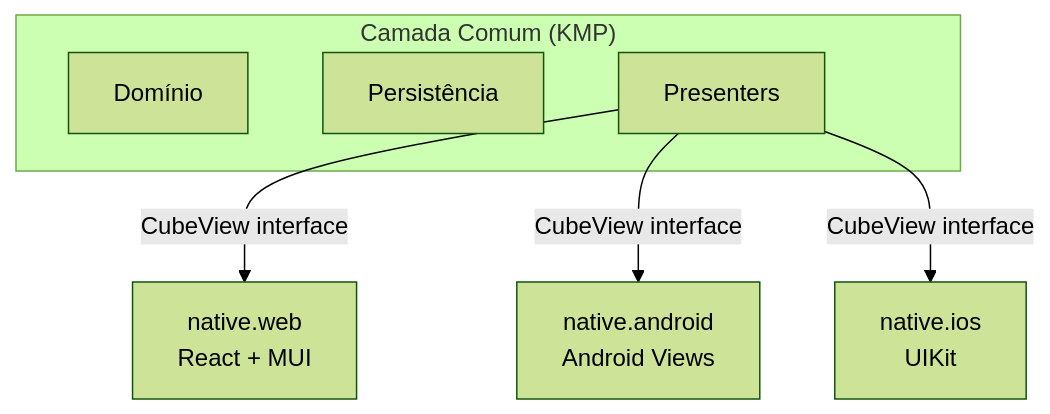
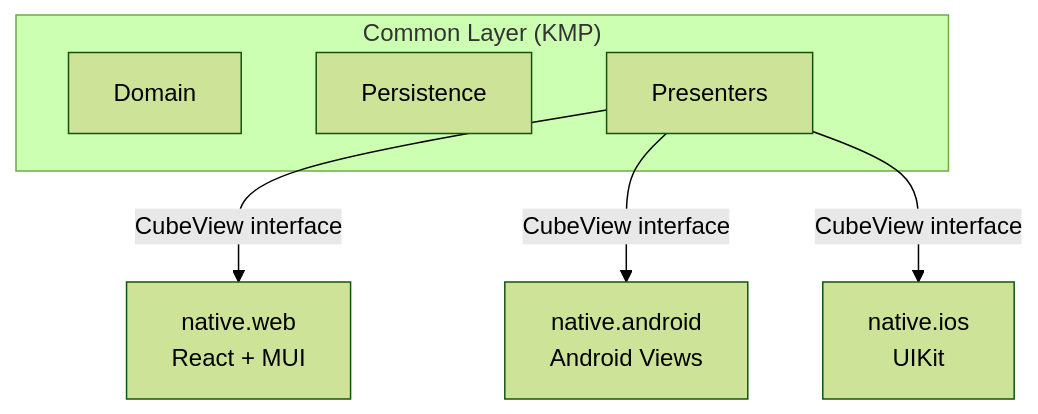
One commit to mrcdom/wdc-cube-kotlin changed the diagram in fontes/br.com.wdc.kt.shopping/br.com.wdc.kt.shopping.view.native/README.md. Above: the diagram before and after it, drawn with Mermaid (forest theme). The commit also changed other lines of this file and 76 other files, not shown here.

````diff
--- a/fontes/br.com.wdc.kt.shopping/br.com.wdc.kt.shopping.view.native/README.md
+++ b/fontes/br.com.wdc.kt.shopping/br.com.wdc.kt.shopping.view.native/README.md
@@ -23,12 +23,12 @@
 ```mermaid
 graph TD
-    subgraph common["Camada Comum (KMP)"]
-        domain["Domínio"]
-        persistence["Persistência"]
+    subgraph common["Common Layer (KMP)"]
+        domain["Domain"]
+        persistence["Persistence"]
         presenters["Presenters"]
     end
 
     presenters -->|CubeView interface| web["native.web<br/>React + MUI"]
     presenters -->|CubeView interface| android["native.android<br/>Android Views"]
     presenters -->|CubeView interface| ios["native.ios<br/>UIKit"]
 ```
````
